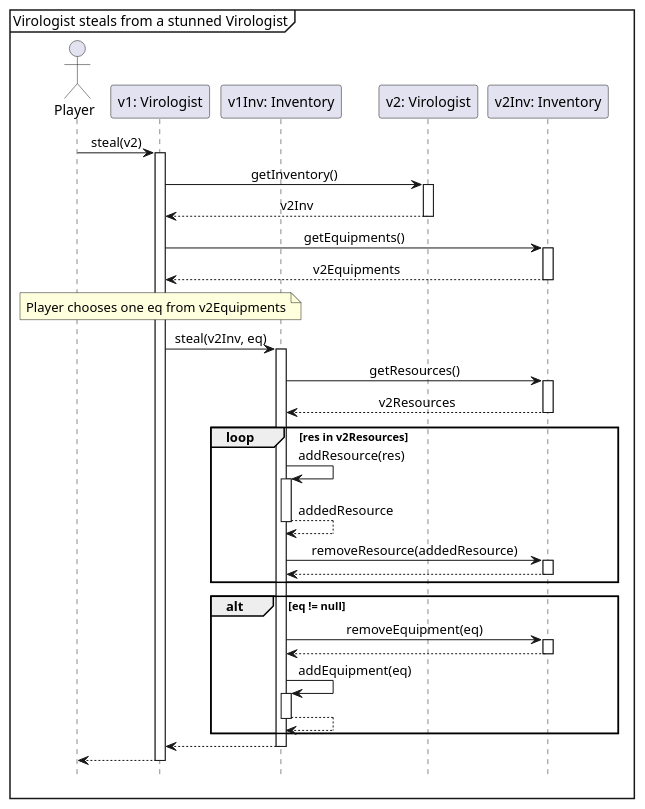
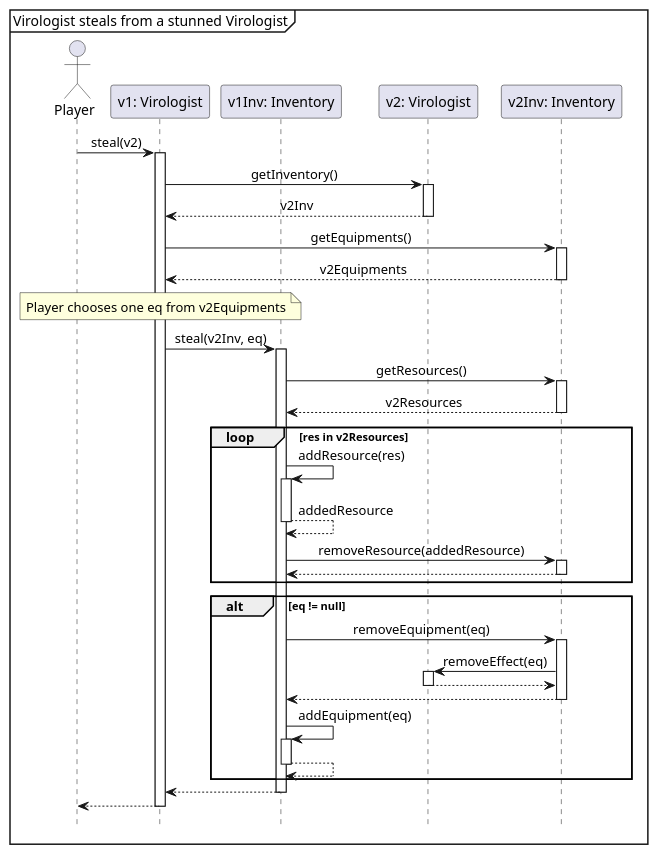
One commit to Tschonti/503-service-unavailable changed the diagram in docs/stealFromPlayer.puml. Above: the diagram before and after it, drawn with PlantUML. The commit also changed 1 other file, not shown here.

Commit message:
class diagram döntések by Samu

```diff
--- a/docs/stealFromPlayer.puml
+++ b/docs/stealFromPlayer.puml
@@ -1,42 +1,44 @@
 @startuml
 'https://plantuml.com/sequence-diagram
 
 hide footbox
 skinparam sequenceMessageAlign center
 
 mainframe Virologist steals from a stunned Virologist
 
 actor Player as p
 participant "v1: Virologist" as v1
 participant "v1Inv: Inventory" as v1Inv
 participant "v2: Virologist" as v2
 participant "v2Inv: Inventory" as v2Inv
 
 p -> v1 ++ : steal(v2)
     v1 -> v2 ++ : getInventory()
     return v2Inv
 
     v1 -> v2Inv ++ : getEquipments()
     return v2Equipments
     note over v1: Player chooses one eq from v2Equipments
 
     v1 -> v1Inv ++ : steal(v2Inv, eq)
         v1Inv -> v2Inv ++ : getResources()
         return v2Resources
 
         loop res in v2Resources
             v1Inv -> v1Inv ++ : addResource(res)
             return addedResource
             v1Inv -> v2Inv ++ : removeResource(addedResource)
             return
         end
         alt eq != null
             v1Inv -> v2Inv ++ : removeEquipment(eq)
+                v2Inv -> v2 ++ : removeEffect(eq)
+                return
             return
             v1Inv -> v1Inv ++ : addEquipment(eq)
             return
         end
     return
 return
 
 @enduml
```
